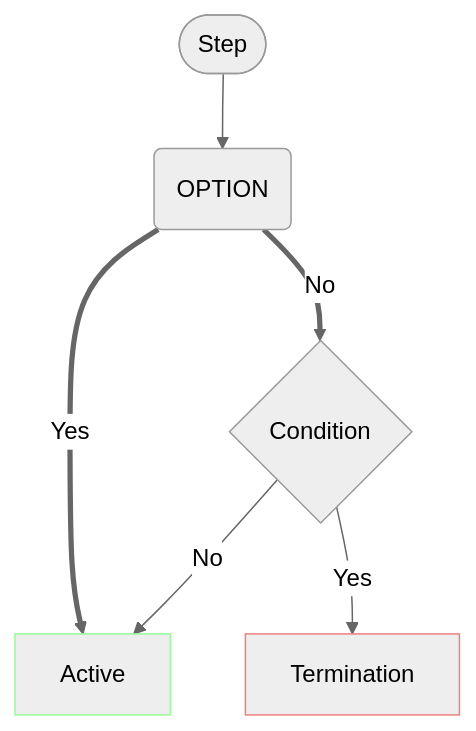
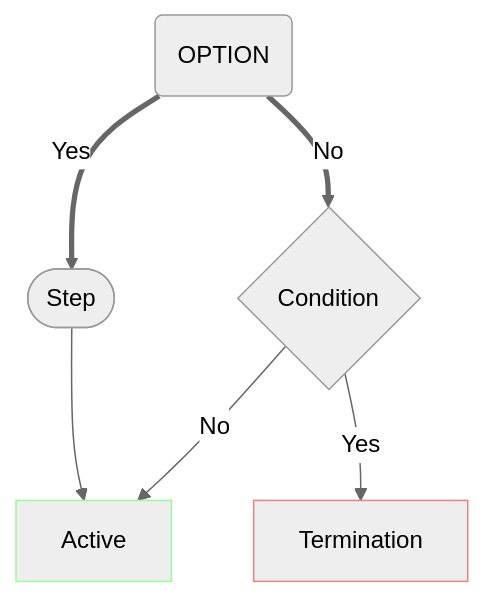
Before and after one commit to MODFLOW-USGS/modflow6: the first of 3 diagrams in src/Solution/ParticleTracker/vertical.md, drawn with Mermaid (neutral theme).

Commit message:
update notes

````diff
--- a/src/Solution/ParticleTracker/vertical.md
+++ b/src/Solution/ParticleTracker/vertical.md
@@ -18,13 +18,14 @@
 ```mermaid
 flowchart TD
-    STEP([Step]) --> OPTION[Outcome]
-    OPTION(OPTION) ==> |Yes| ACTIVE
+     OPTION[Outcome]
+    OPTION(OPTION) ==> |Yes| STEP([Step])
+    STEP --> ACTIVE
     OPTION ==> |No| CONDITION{Condition}
     CONDITION --> |Yes| TERMINATE
     CONDITION --> |No| ACTIVE
     ACTIVE[Active]:::active
     TERMINATE[Termination]:::terminate
 
     classDef active stroke:#98fb98
     classDef terminate stroke:#f08080
 ```
````
